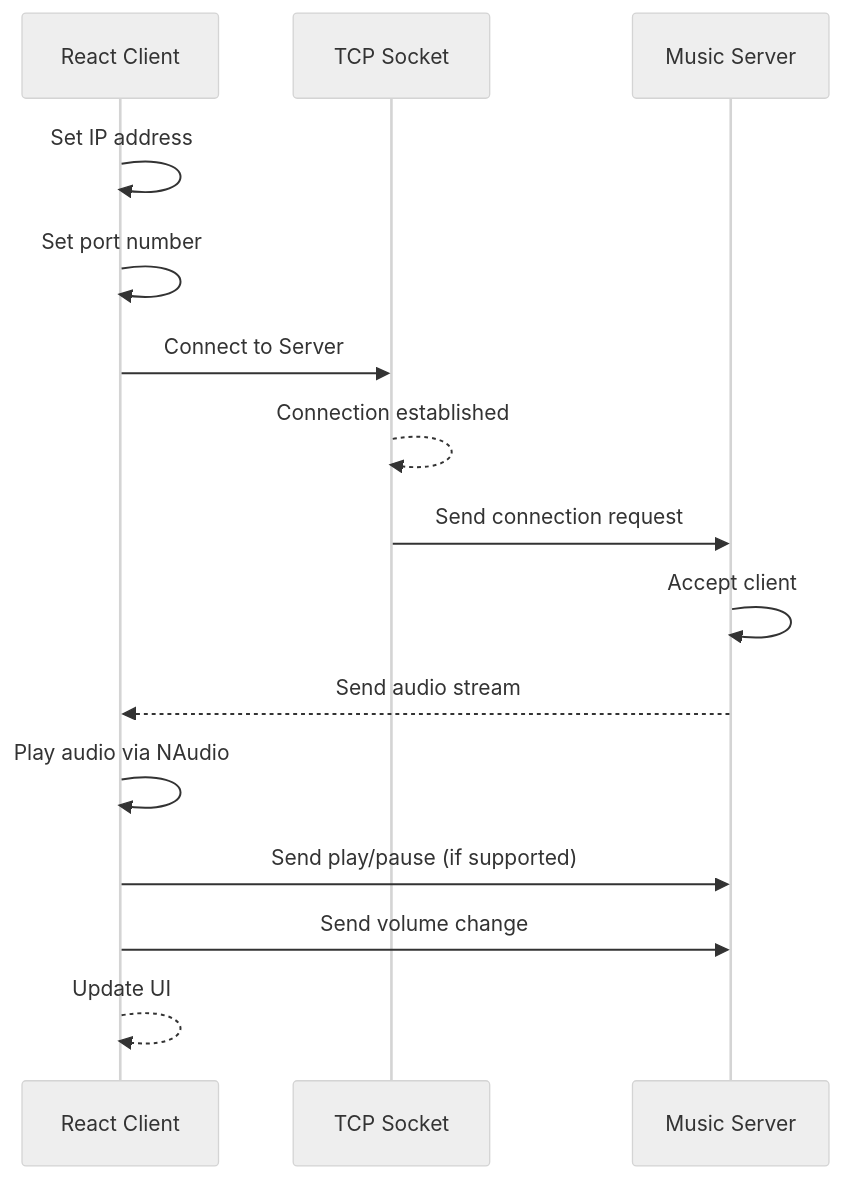
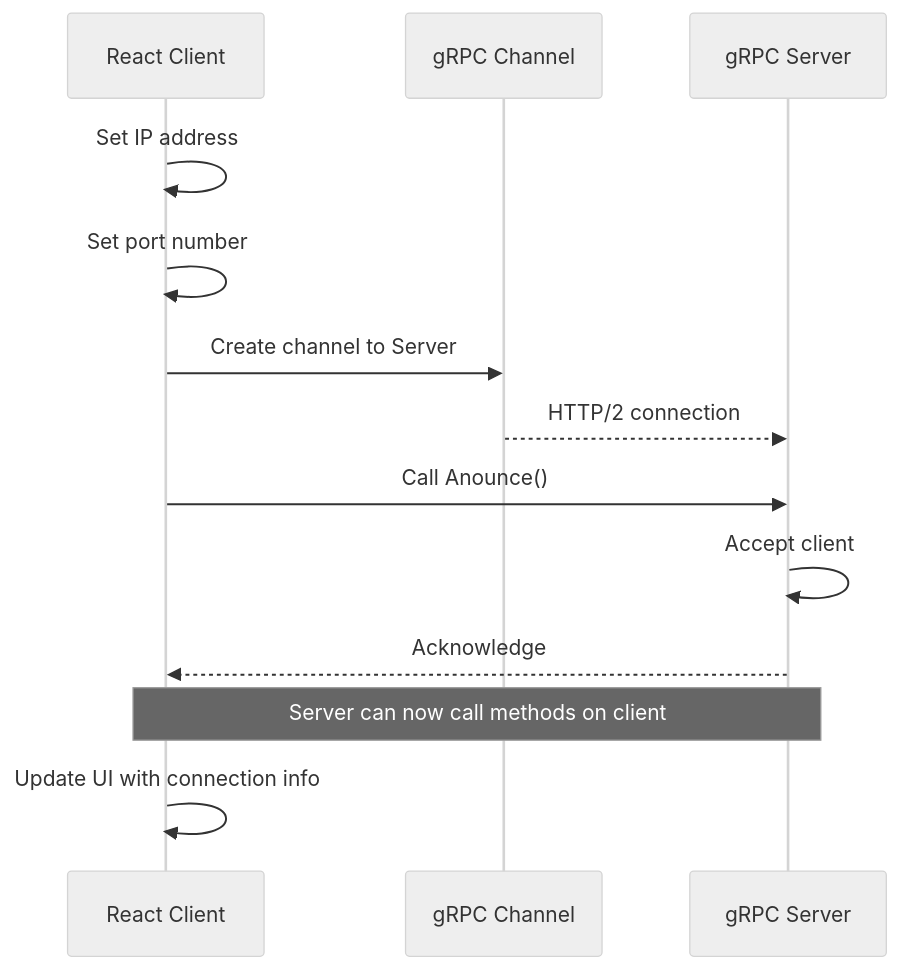
The seventh of 13 diagrams in docs/HOW-IT-WORKS.md (Dinand01/MusicPlayer), drawn with Mermaid (neutral theme) before and after one commit. The commit also changed other lines of this file and 30 other files, not shown here.

````diff
--- a/docs/HOW-IT-WORKS.md
+++ b/docs/HOW-IT-WORKS.md
@@ -241,18 +248,16 @@
 ```mermaid
 sequenceDiagram
     participant Client as React Client
-    participant TCP as TCP Socket
-    participant Server as Music Server
+    participant gRPC as gRPC Channel
+    participant Server as gRPC Server
 
     Client->>Client: Set IP address
     Client->>Client: Set port number
-    Client->>TCP: Connect to Server
-    TCP-->>TCP: Connection established
-    TCP->>Server: Send connection request
+    Client->>gRPC: Create channel to Server
+    gRPC-->>Server: HTTP/2 connection
+    Client->>Server: Call Anounce()
     Server->>Server: Accept client
-    Server-->>Client: Send audio stream
-    Client->>Client: Play audio via NAudio
-    Client->>Server: Send play/pause (if supported)
-    Client->>Server: Send volume change
-    Client-->>Client: Update UI
+    Server-->>Client: Acknowledge
+    Note over Server,Client: Server can now call methods on client
+    Client->>Client: Update UI with connection info
 ```
````
